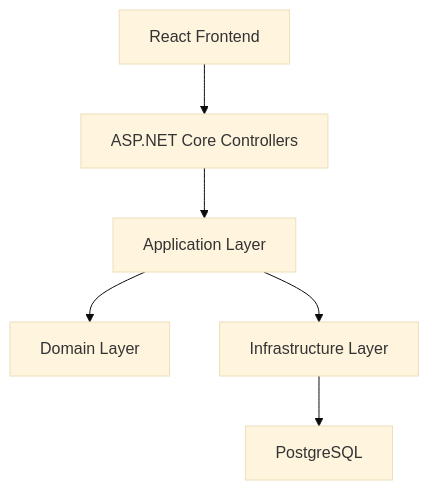
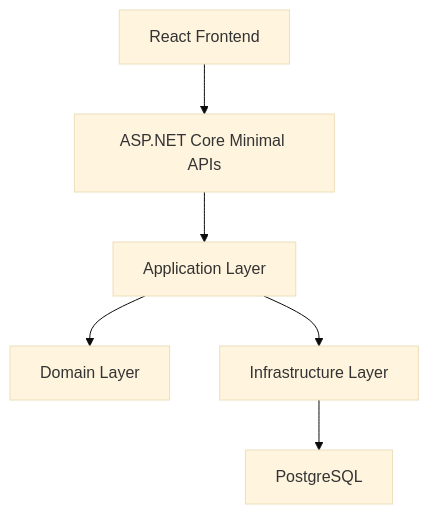
The diagram in tutorials/001-layered-monolith/docs/architecture.md (cherrymorales/System-Design-Tutorials), drawn with Mermaid (base theme) before and after one commit. The commit also changed other lines of this file and 6 other files, not shown here.

````diff
--- a/tutorials/001-layered-monolith/docs/architecture.md
+++ b/tutorials/001-layered-monolith/docs/architecture.md
@@ -16,8 +16,8 @@
 ```mermaid
 flowchart TD
-    UI["React Frontend"] --> API["ASP.NET Core Controllers"]
+    UI["React Frontend"] --> API["ASP.NET Core Minimal APIs"]
     API --> APP["Application Layer"]
     APP --> DOM["Domain Layer"]
     APP --> INF["Infrastructure Layer"]
     INF --> DB["PostgreSQL"]
 ```
````
